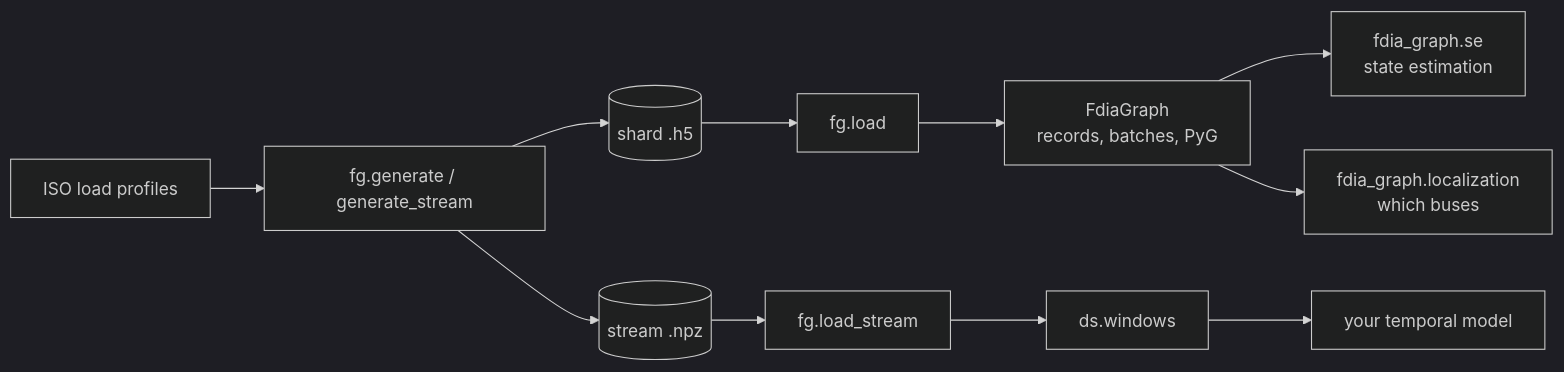
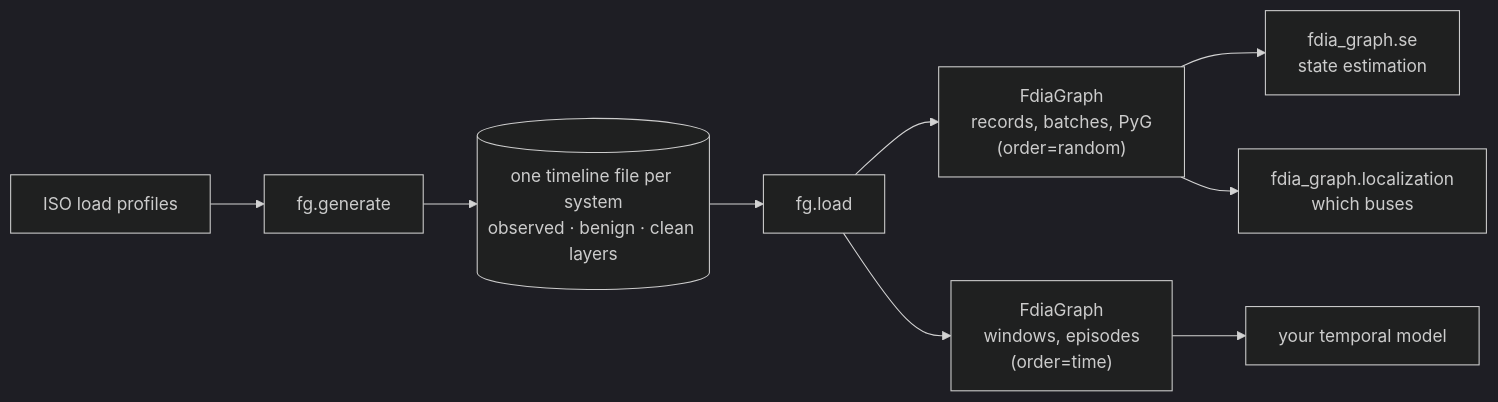
The diagram in README.md (myersben9/fdia-graph), drawn with Mermaid (dark theme) before and after one commit. The commit also changed other lines of this file and 37 other files, not shown here.

First line of the commit message:
0.18.0 on the data release v0.8.0: one timeline per system, data-v tags, results on the new data (#106)

````diff
--- a/README.md
+++ b/README.md
@@ -14,13 +18,11 @@
 ```mermaid
 flowchart LR
-    P[ISO load profiles] --> G[fg.generate / generate_stream]
-    G --> S[(shard .h5)]
-    G --> T[(stream .npz)]
-    S --> L[fg.load]
-    T --> LS[fg.load_stream]
-    L --> D[FdiaGraph<br/>records, batches, PyG]
-    LS --> W[ds.windows]
+    P[ISO load profiles] --> G[fg.generate]
+    G --> F[("one timeline file per system<br/>observed · benign · clean layers")]
+    F --> L[fg.load]
+    L --> D["FdiaGraph<br/>records, batches, PyG<br/>(order=random)"]
+    L --> T["FdiaGraph<br/>windows, episodes<br/>(order=time)"]
     D --> SE[fdia_graph.se<br/>state estimation]
     D --> LOC[fdia_graph.localization<br/>which buses]
-    W --> M[your temporal model]
+    T --> M[your temporal model]
 ```
````
